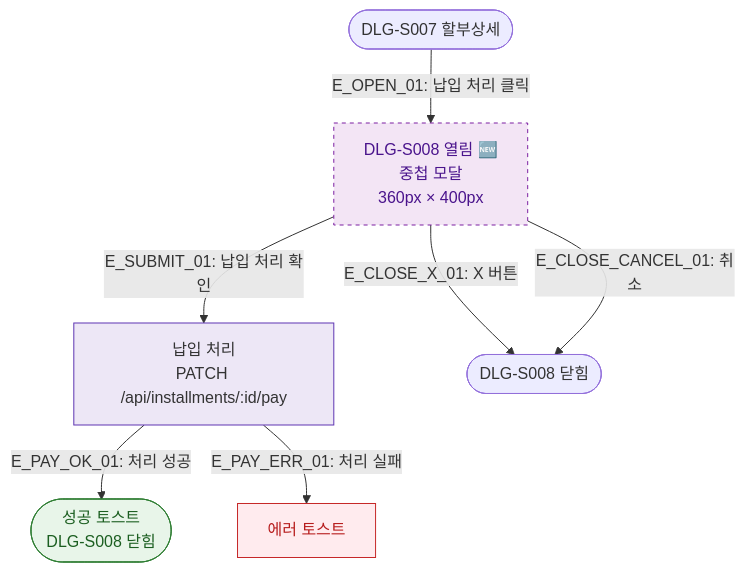
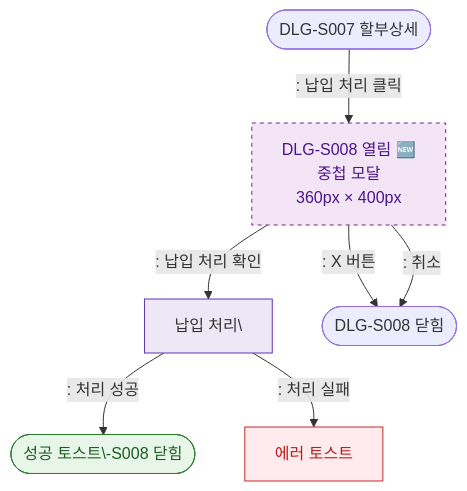
Before and after one commit to dev-spogym/admin-pando: the diagram in docs/다이어그램/D03_매출관리/DLG-S008_납입처리/M1_모달생명주기.md, drawn with Mermaid. The commit also changed other lines of this file and 1660 other files, not shown here.

First line of the commit message:
다이어그램: 기획자/클라이언트 납품본으로 정리

````diff
--- a/docs/다이어그램/D03_매출관리/DLG-S008_납입처리/M1_모달생명주기.md
+++ b/docs/다이어그램/D03_매출관리/DLG-S008_납입처리/M1_모달생명주기.md
@@ -20,21 +18,21 @@
 ```mermaid
 flowchart TD
-    DLG_S007([DLG-S007 할부상세]) -->|"E_OPEN_01: 납입 처리 클릭"| OPEN[DLG-S008 열림 🆕\n중첩 모달\n360px × 400px]
+    DLG_S007([DLG-S007 할부상세]) -->|": 납입 처리 클릭"|OPEN[DLG-S008 열림 🆕\n중첩 모달\n360px × 400px]
 
-    OPEN -->|"E_SUBMIT_01: 납입 처리 확인"| PROCESS[납입 처리\nPATCH /api/installments/:id/pay]
-    OPEN -->|"E_CLOSE_X_01: X 버튼"| CLOSED([DLG-S008 닫힘])
-    OPEN -->|"E_CLOSE_CANCEL_01: 취소"| CLOSED
+    OPEN -->|": 납입 처리 확인"|PROCESS[납입 처리\]
+    OPEN -->|": X 버튼"|CLOSED([DLG-S008 닫힘])
+    OPEN -->|": 취소"|CLOSED
 
-    PROCESS -->|"E_PAY_OK_01: 처리 성공"| SUCCESS_CLOSE([성공 토스트\nDLG-S008 닫힘])
-    PROCESS -->|"E_PAY_ERR_01: 처리 실패"| ERR_TOAST[에러 토스트]
+    PROCESS -->|": 처리 성공"|SUCCESS_CLOSE([성공 토스트\-S008 닫힘])
+    PROCESS -->|": 처리 실패"|ERR_TOAST[에러 토스트]
 
     classDef newFeature fill:#F3E5F5,stroke:#7B1FA2,color:#4A148C,stroke-dasharray:4 4
     classDef system fill:#EDE7F6,stroke:#5E35B2
     classDef success fill:#E8F5E9,stroke:#2E7D32,color:#1B5E20
     classDef error fill:#FFEBEE,stroke:#C62828,color:#B71C1C
 
     class OPEN newFeature
     class PROCESS system
     class SUCCESS_CLOSE success
     class ERR_TOAST error
 ```
````
